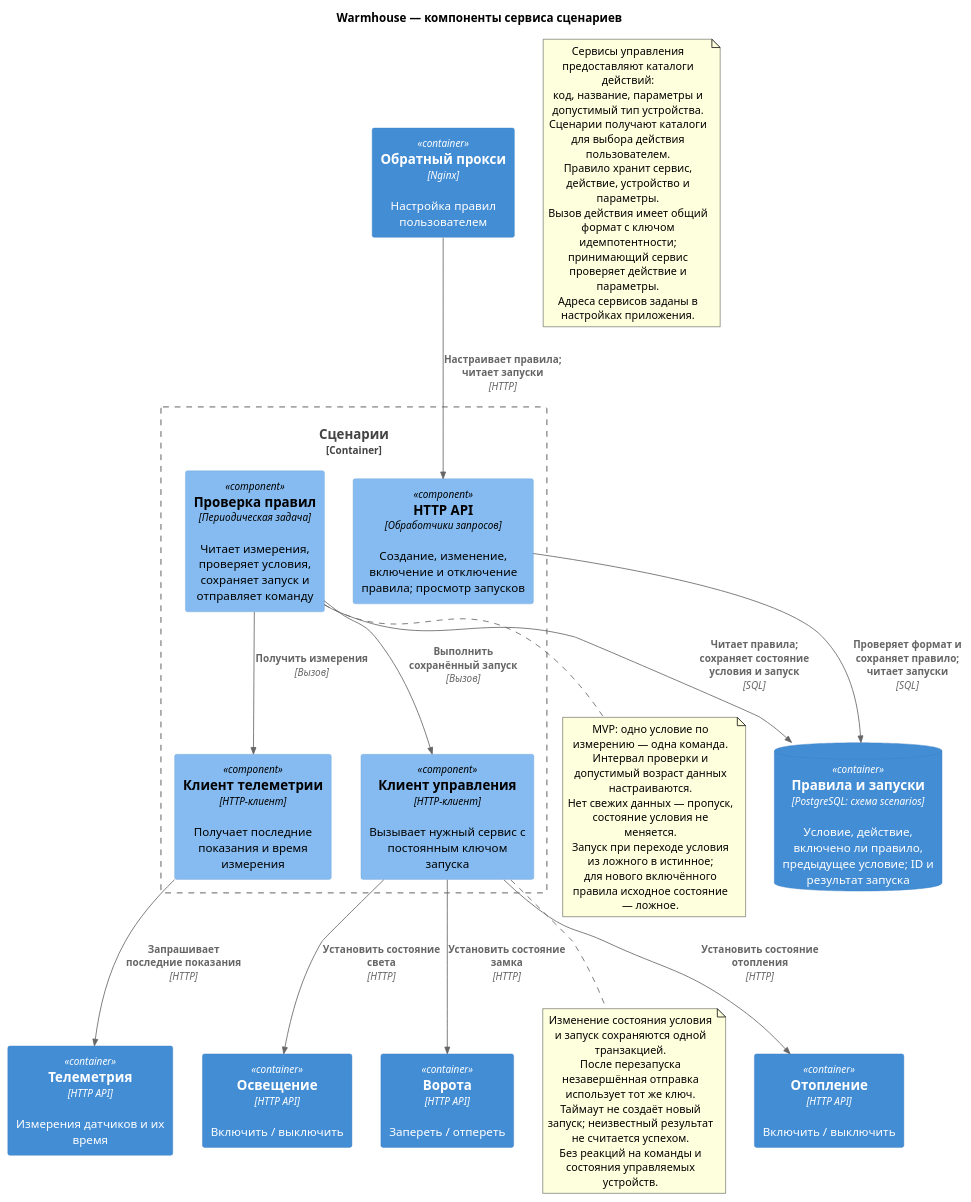
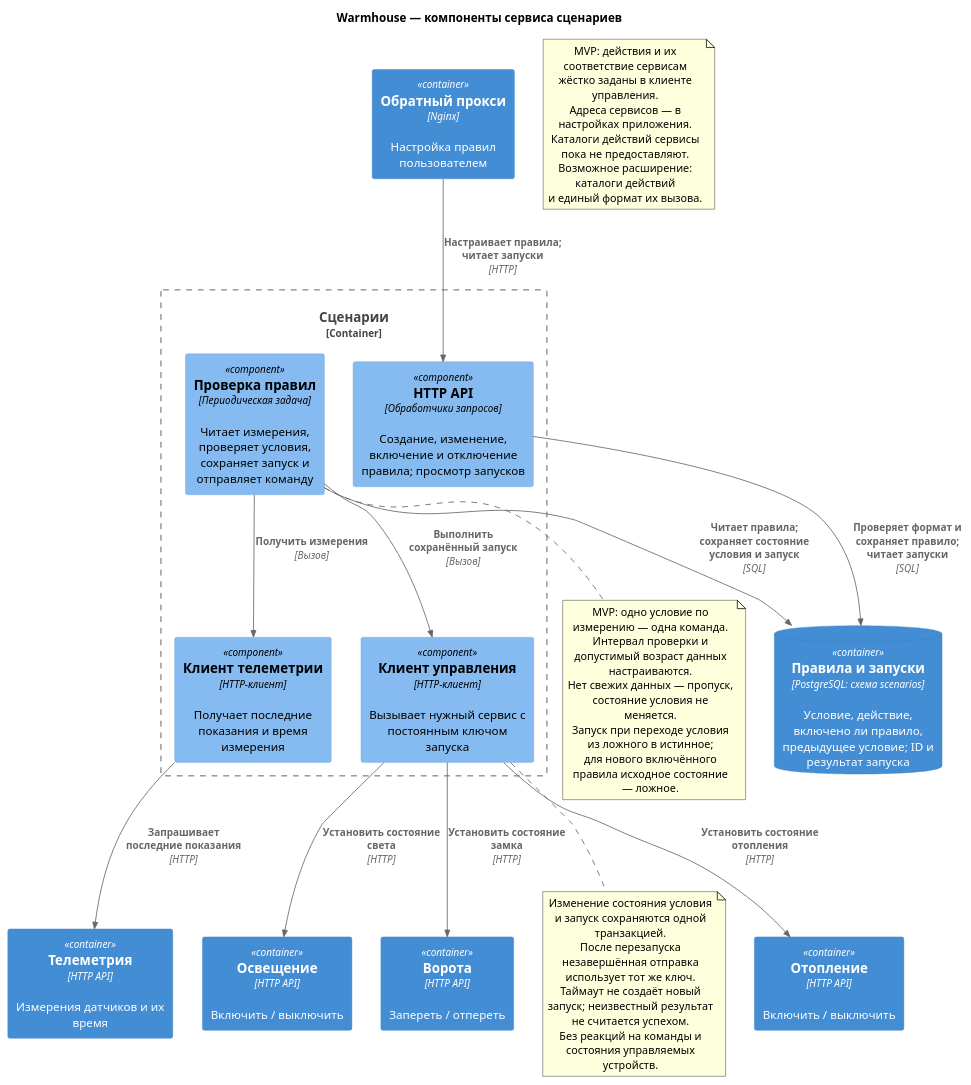
The diagram in diagrams/components/scenarios.puml (AndyMcFishka/architecture-pro-warmhouse), drawn with PlantUML before and after one commit.

Commit message:
Keep action mapping fixed in MVP; defer catalogs

```diff
--- a/diagrams/components/scenarios.puml
+++ b/diagrams/components/scenarios.puml
@@ -1,55 +1,54 @@
 @startuml
 !include <C4/C4_Component>
 
 title Warmhouse — компоненты сервиса сценариев
 LAYOUT_TOP_DOWN()
 
 Container(proxy, "Обратный прокси", "Nginx", "Настройка правил пользователем")
 
 Container_Boundary(scenarios, "Сценарии") {
     Component(api, "HTTP API", "Обработчики запросов", "Создание, изменение, включение и отключение правила; просмотр запусков")
     Component(evaluator, "Проверка правил", "Периодическая задача", "Читает измерения, проверяет условия, сохраняет запуск и отправляет команду")
     Component(telemetryClient, "Клиент телеметрии", "HTTP-клиент", "Получает последние показания и время измерения")
     Component(commandClient, "Клиент управления", "HTTP-клиент", "Вызывает нужный сервис с постоянным ключом запуска")
 }
 
 ContainerDb(db, "Правила и запуски", "PostgreSQL: схема scenarios", "Условие, действие, включено ли правило, предыдущее условие; ID и результат запуска")
 Container(telemetry, "Телеметрия", "HTTP API", "Измерения датчиков и их время")
 Container(heating, "Отопление", "HTTP API", "Включить / выключить")
 Container(lighting, "Освещение", "HTTP API", "Включить / выключить")
 Container(gates, "Ворота", "HTTP API", "Запереть / отпереть")
 
 Rel(proxy, api, "Настраивает правила; читает запуски", "HTTP")
 Rel(api, db, "Проверяет формат и сохраняет правило; читает запуски", "SQL")
 Rel(evaluator, db, "Читает правила; сохраняет состояние условия и запуск", "SQL")
 Rel(evaluator, telemetryClient, "Получить измерения", "Вызов")
 Rel(telemetryClient, telemetry, "Запрашивает последние показания", "HTTP")
 Rel(evaluator, commandClient, "Выполнить сохранённый запуск", "Вызов")
 Rel(commandClient, heating, "Установить состояние отопления", "HTTP")
 Rel(commandClient, lighting, "Установить состояние света", "HTTP")
 Rel(commandClient, gates, "Установить состояние замка", "HTTP")
 
 note bottom of evaluator
   MVP: одно условие по измерению — одна команда.
   Интервал проверки и допустимый возраст данных настраиваются.
   Нет свежих данных — пропуск, состояние условия не меняется.
   Запуск при переходе условия из ложного в истинное;
   для нового включённого правила исходное состояние — ложное.
 end note
 
 note bottom of commandClient
   Изменение состояния условия и запуск сохраняются одной транзакцией.
   После перезапуска незавершённая отправка использует тот же ключ.
   Таймаут не создаёт новый запуск; неизвестный результат не считается успехом.
   Без реакций на команды и состояния управляемых устройств.
 end note
 note as actions_catalog
-  Сервисы управления предоставляют каталоги действий:
-  код, название, параметры и допустимый тип устройства.
-  Сценарии получают каталоги для выбора действия пользователем.
-  Правило хранит сервис, действие, устройство и параметры.
-  Вызов действия имеет общий формат с ключом идемпотентности;
-  принимающий сервис проверяет действие и параметры.
-  Адреса сервисов заданы в настройках приложения.
+  MVP: действия и их соответствие сервисам
+  жёстко заданы в клиенте управления.
+  Адреса сервисов — в настройках приложения.
+  Каталоги действий сервисы пока не предоставляют.
+  Возможное расширение: каталоги действий
+  и единый формат их вызова.
 end note
 @enduml
```
